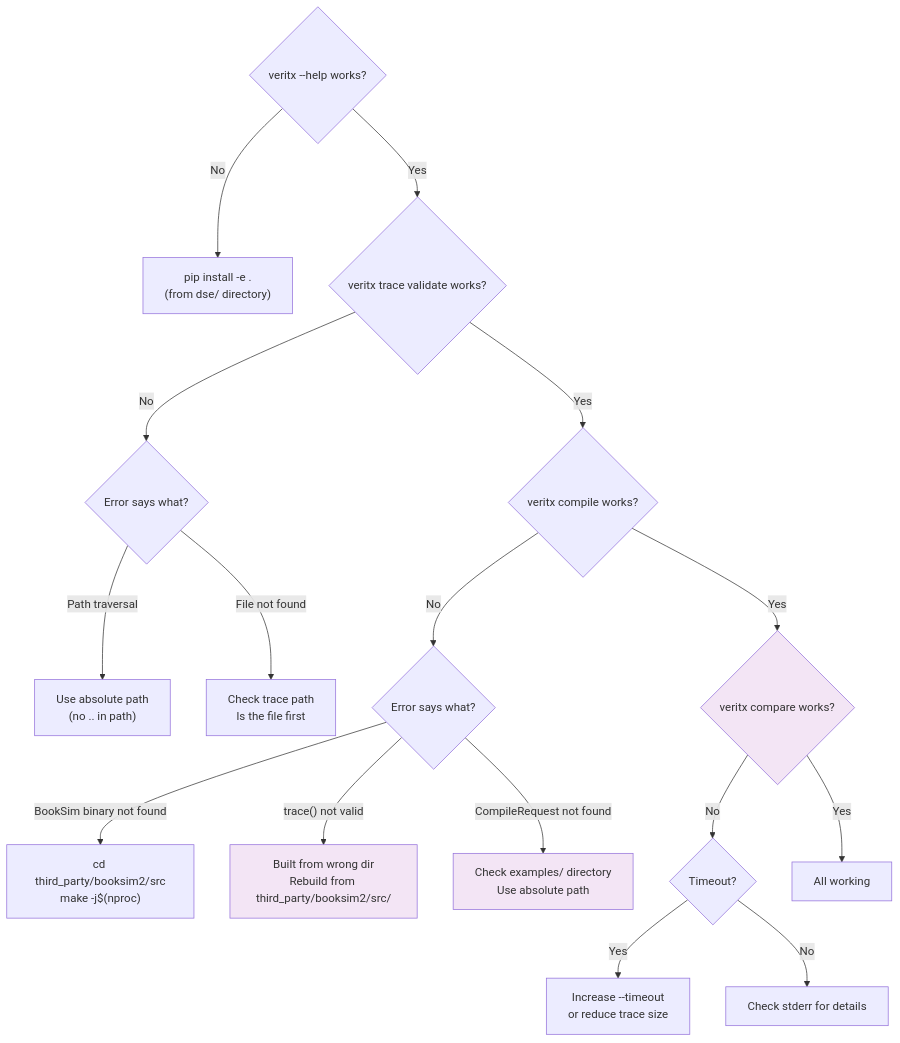
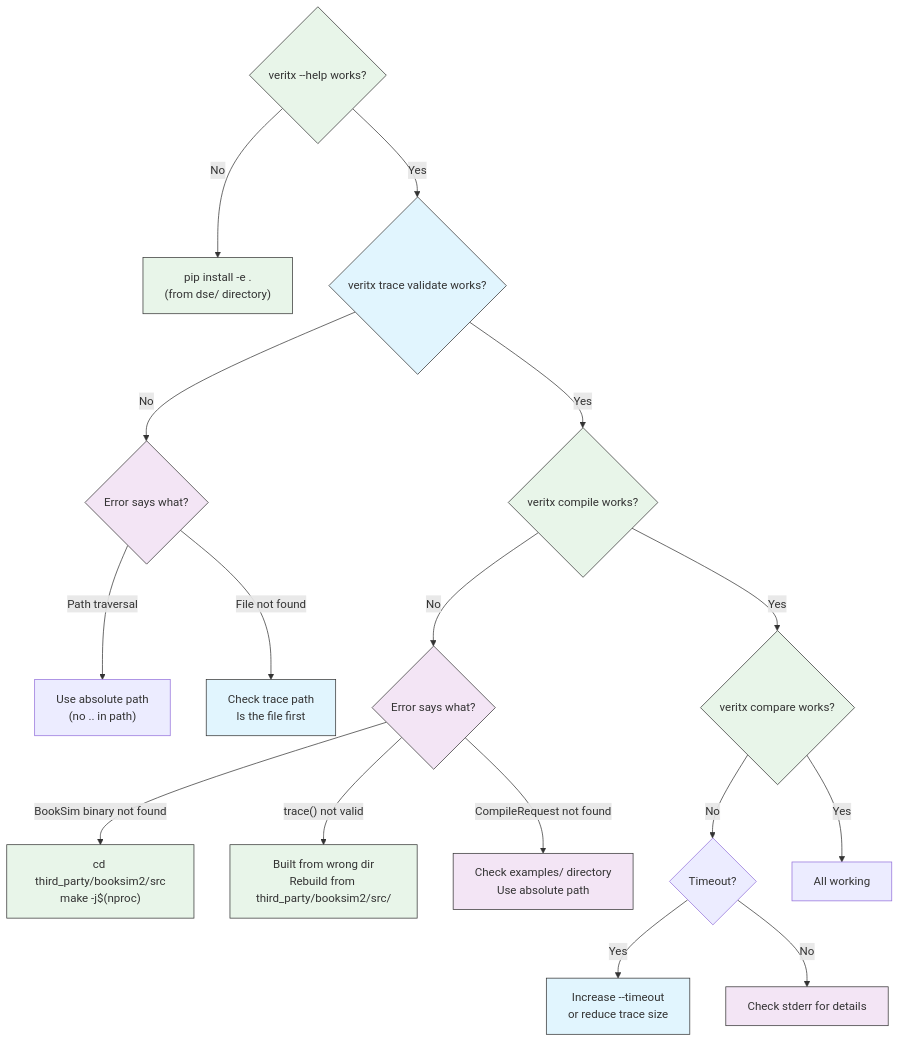
Before and after one commit to Anmol-S314/veritx-research: diagram 17 of 17 in tracks/t3-topology/dse/README.md, drawn with Mermaid. The commit also changed other lines of this file and 1 other file, not shown here.

First line of the commit message:
docs: improve Mermaid diagram styling across all 22 diagrams

````diff
--- a/tracks/t3-topology/dse/README.md
+++ b/tracks/t3-topology/dse/README.md
@@ -2217,21 +2438,33 @@
 ```mermaid
 flowchart TD
     A{"veritx --help works?"} -->|"No"| B["pip install -e .\n(from dse/ directory)"]
     A -->|"Yes"| C{"veritx trace validate works?"}
     C -->|"No"| D{"Error says what?"}
     D -->|"Path traversal"| E["Use absolute path\n(no .. in path)"]
     D -->|"File not found"| F["Check trace path\nls the file first"]
     C -->|"Yes"| G{"veritx compile works?"}
     G -->|"No"| H{"Error says what?"}
     H -->|"BookSim binary not found"| I["cd third_party/booksim2/src\nmake -j$(nproc)"]
     H -->|"trace() not valid"| J["Built from wrong dir\nRebuild from third_party/booksim2/src/"]
     H -->|"CompileRequest not found"| K["Check examples/ directory\nUse absolute path"]
     G -->|"Yes"| L{"veritx compare works?"}
     L -->|"No"| M{"Timeout?"}
     M -->|"Yes"| N["Increase --timeout\nor reduce trace size"]
     M -->|"No"| O["Check stderr for details"]
     L -->|"Yes"| P["All working"]
-    style J fill:#f3e5f5
-    style K fill:#f3e5f5
-    style L fill:#f3e5f5
+
+    style A fill:#e8f5e9,stroke:#333
+    style B fill:#e8f5e9,stroke:#333
+    style C fill:#e1f5fe,stroke:#333
+    style D fill:#f3e5f5,stroke:#333
+    style F fill:#e1f5fe,stroke:#333
+    style G fill:#e8f5e9,stroke:#333
+    style H fill:#f3e5f5,stroke:#333
+    style I fill:#e8f5e9,stroke:#333
+    style J fill:#e8f5e9,stroke:#333
+    style K fill:#f3e5f5,stroke:#333
+    style L fill:#e8f5e9,stroke:#333
+    style N fill:#e1f5fe,stroke:#333
+    style O fill:#f3e5f5,stroke:#333
+
 ```
````
